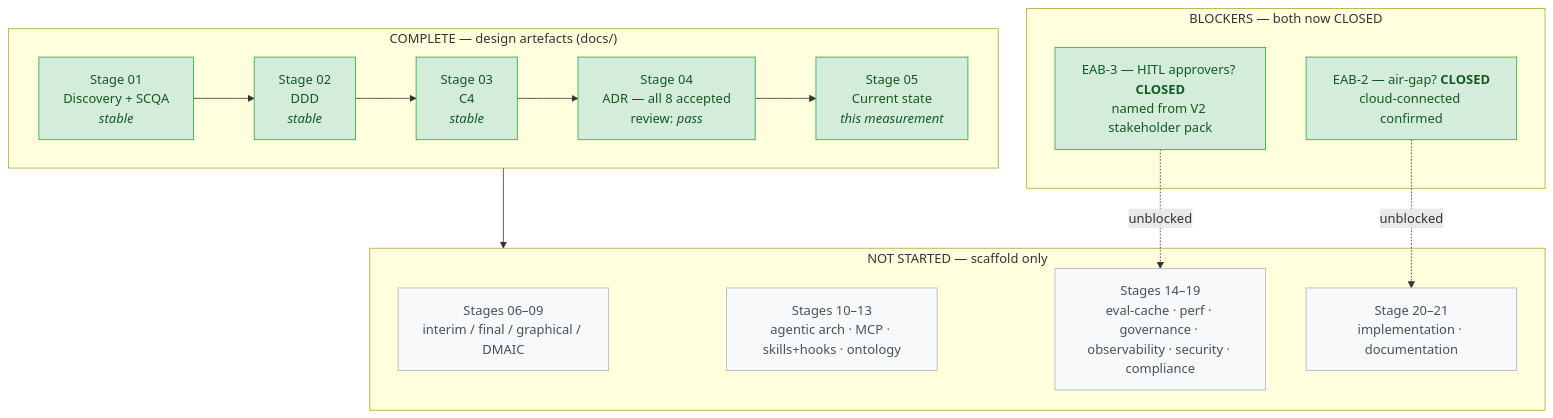
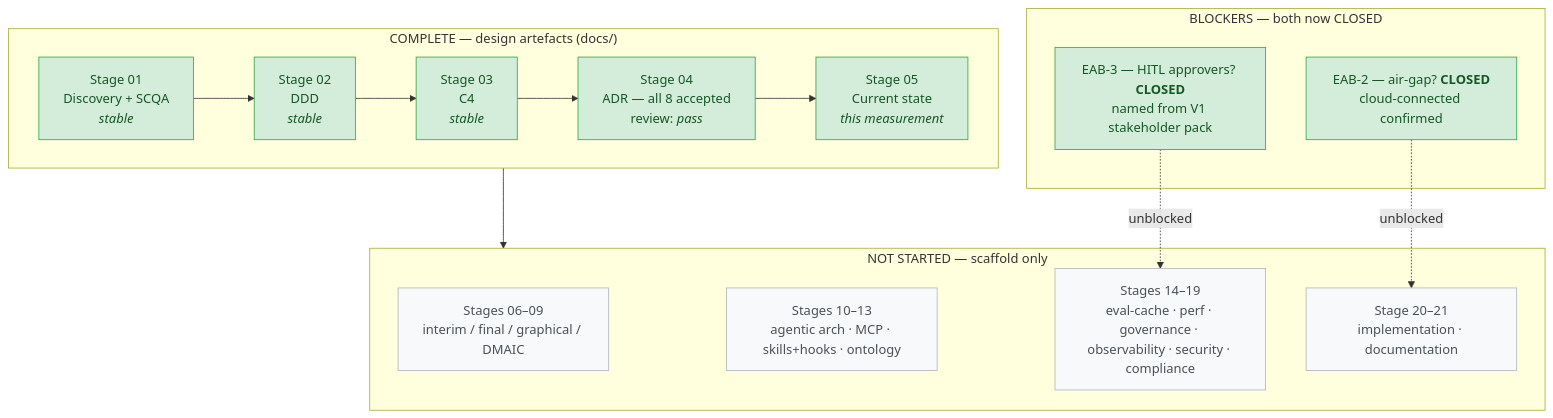
Before and after one commit to VenkataDineshPuranam/Team3_AEGIS_Pharma_Capstone_AgenticV2: the first of 2 diagrams in workshop/participant-output/08-graphical/current_state.md, drawn with Mermaid. The commit also changed 233 other files, not shown here.

````diff
--- a/workshop/participant-output/08-graphical/current_state.md
+++ b/workshop/participant-output/08-graphical/current_state.md
@@ -8,34 +8,34 @@
 ```mermaid
 flowchart TB
     subgraph done["COMPLETE — design artefacts (docs/)"]
         S1["Stage 01<br/>Discovery + SCQA<br/><i>stable</i>"]
         S2["Stage 02<br/>DDD<br/><i>stable</i>"]
         S3["Stage 03<br/>C4<br/><i>stable</i>"]
         S4["Stage 04<br/>ADR — all 8 accepted<br/>review: <i>pass</i>"]
         S5["Stage 05<br/>Current state<br/><i>this measurement</i>"]
         S1 --> S2 --> S3 --> S4 --> S5
     end
 
     subgraph pending["NOT STARTED — scaffold only"]
         P1["Stages 06–09<br/>interim / final / graphical / DMAIC"]
         P2["Stages 10–13<br/>agentic arch · MCP · skills+hooks · ontology"]
         P3["Stages 14–19<br/>eval-cache · perf · governance · observability · security · compliance"]
         P4["Stage 20–21<br/>implementation · documentation"]
     end
 
     subgraph resolved["BLOCKERS — both now CLOSED"]
         B1["EAB-2 — air-gap? <b>CLOSED</b><br/>cloud-connected confirmed"]
-        B2["EAB-3 — HITL approvers? <b>CLOSED</b><br/>named from V2 stakeholder pack"]
+        B2["EAB-3 — HITL approvers? <b>CLOSED</b><br/>named from V1 stakeholder pack"]
     end
 
     done --> pending
     B1 -.unblocked.-> P4
     B2 -.unblocked.-> P3
 
     classDef complete fill:#d4edda,stroke:#28a745,color:#155724
     classDef todo fill:#f8f9fa,stroke:#adb5bd,color:#495057
     classDef blocker fill:#d4edda,stroke:#28a745,color:#155724
     class S1,S2,S3,S4,S5 complete
     class P1,P2,P3,P4 todo
     class B1,B2 blocker
 ```
````
